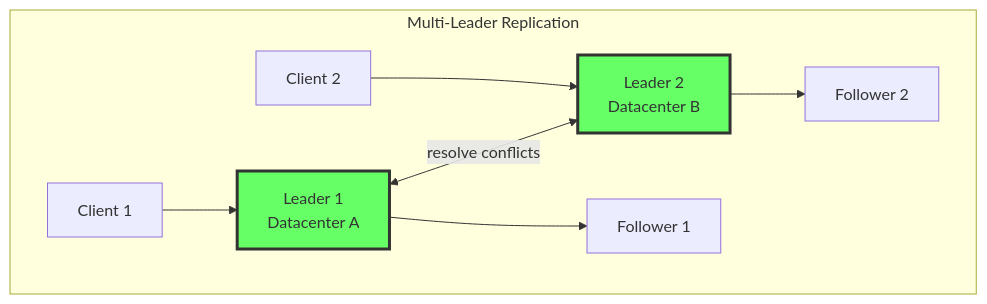
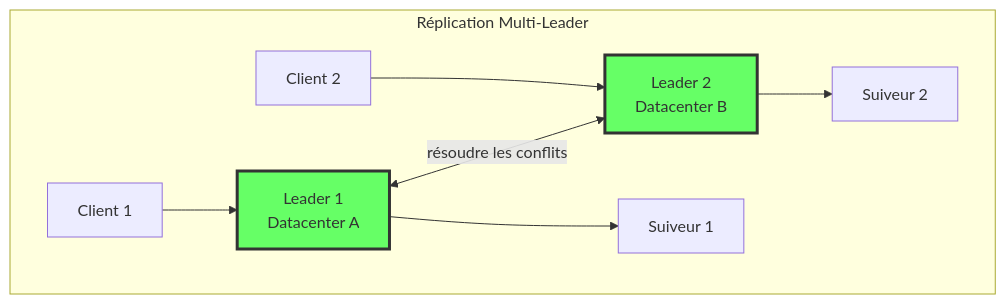
The fourth of 8 diagrams in src/data-store/06-replication.md (dardourimohamed/distributed-systems-course), drawn with Mermaid before and after one commit. The commit also changed other lines of this file and 38 other files, not shown here.

````diff
--- a/src/data-store/06-replication.md
+++ b/src/data-store/06-replication.md
@@ -95,24 +95,24 @@
 ```mermaid
 graph TB
-    subgraph "Multi-Leader Replication"
+    subgraph "Réplication Multi-Leader"
         C1[Client 1]
         C2[Client 2]
 
         L1[Leader 1<br/>Datacenter A]
         L2[Leader 2<br/>Datacenter B]
 
-        F1[Follower 1]
-        F2[Follower 2]
+        F1[Suiveur 1]
+        F2[Suiveur 2]
 
         C1 --> L1
         C2 --> L2
 
-        L1 <-->|"resolve conflicts"| L2
+        L1 <-->|"résoudre les conflits"| L2
 
         L1 --> F1
         L2 --> F2
     end
 
     style L1 fill:#6f6,stroke:#333,stroke-width:3px
     style L2 fill:#6f6,stroke:#333,stroke-width:3px
 ```
````
